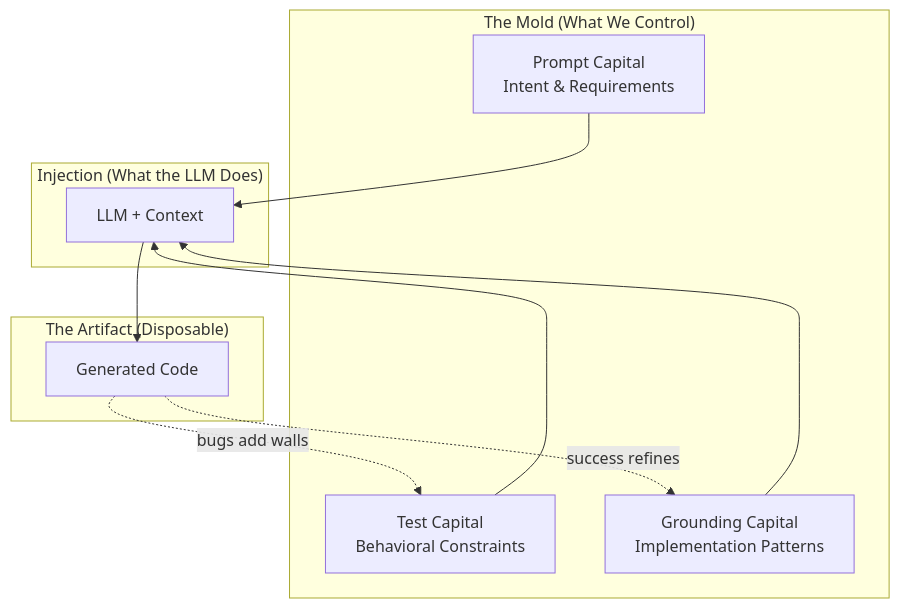
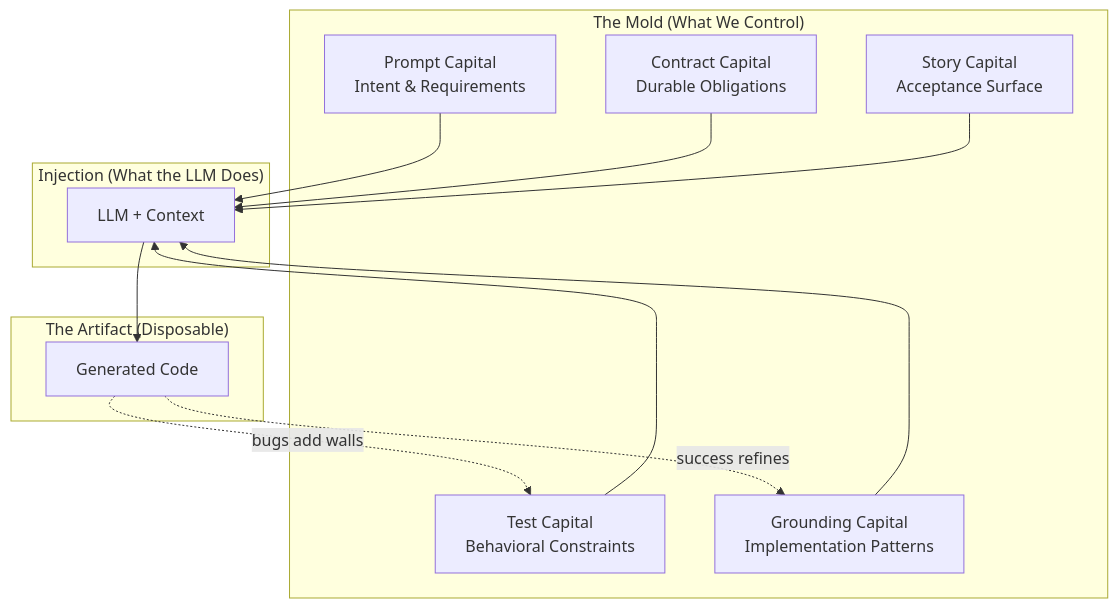
The diagram in docs/prompt-driven-development-doctrine.md (promptdriven/pdd), drawn with Mermaid before and after one commit. The commit also changed other lines of this file and 75 other files, not shown here.

````diff
--- a/docs/prompt-driven-development-doctrine.md
+++ b/docs/prompt-driven-development-doctrine.md
@@ -144,23 +175,27 @@
 ```mermaid
 flowchart TB
   subgraph Specification["The Mold (What We Control)"]
     P[Prompt Capital<br/>Intent & Requirements]
+    Cn[Contract Capital<br/>Durable Obligations]
+    S[Story Capital<br/>Acceptance Surface]
     T[Test Capital<br/>Behavioral Constraints]
     G[Grounding Capital<br/>Implementation Patterns]
   end
 
   subgraph Generation["Injection (What the LLM Does)"]
     L[LLM + Context]
   end
 
   subgraph Output["The Artifact (Disposable)"]
     C[Generated Code]
   end
 
   P --> L
+  Cn --> L
+  S --> L
   T --> L
   G --> L
   L --> C
   C -.->|"bugs add walls"| T
   C -.->|"success refines"| G
 ```
````
